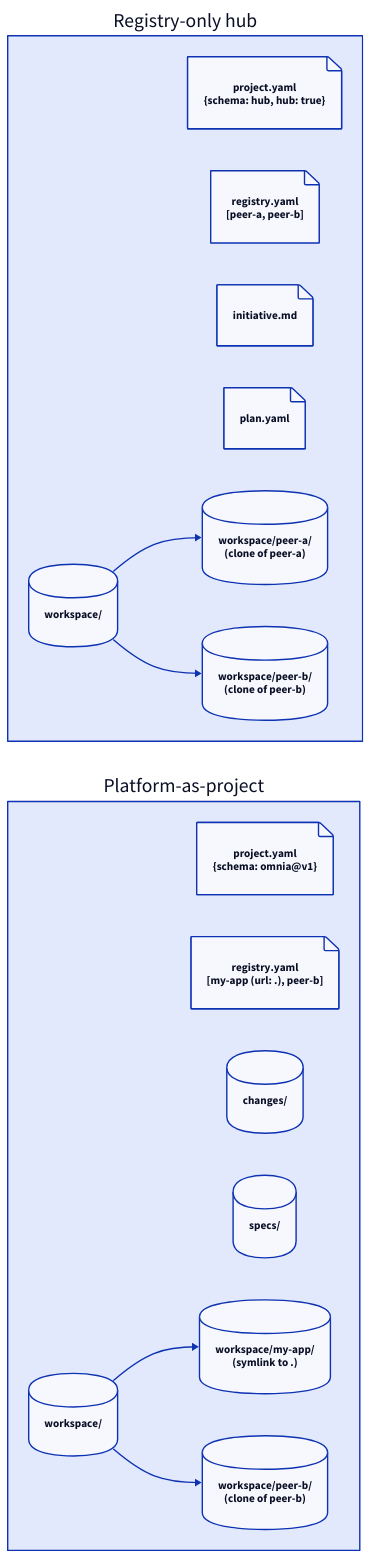
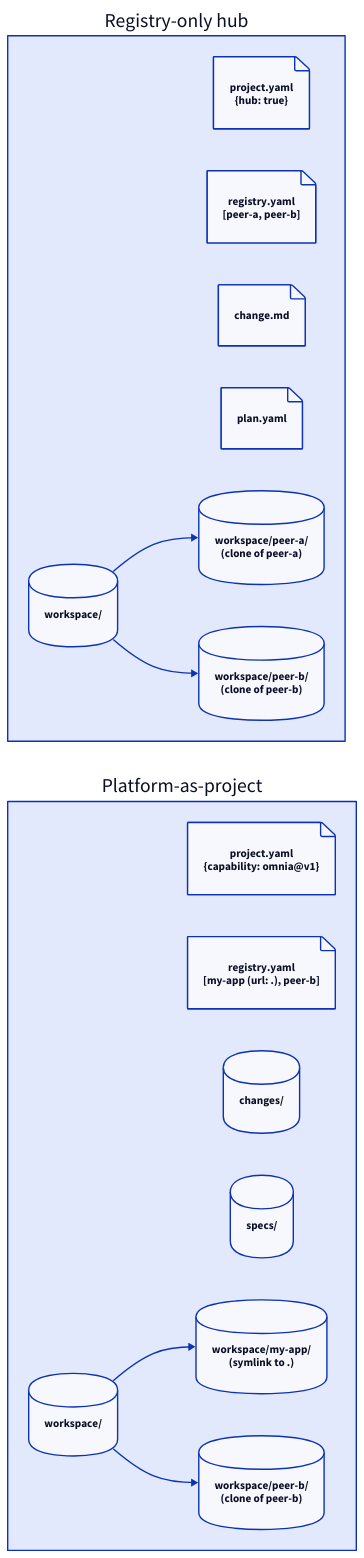
One commit to augentic/anvil changed the diagram in docs/explanation/platform-repo.md. Above: the diagram before and after it, drawn with D2. The commit also changed other lines of this file and 609 other files, not shown here.

````diff
--- a/docs/explanation/platform-repo.md
+++ b/docs/explanation/platform-repo.md
@@ -7,29 +7,29 @@
 ```d2
 direction: right
 
 hub: "Registry-only hub" {
   shape: rectangle
-  hubProj: "project.yaml\n{schema: hub, hub: true}" {shape: page}
+  hubProj: "project.yaml\n{hub: true}" {shape: page}
   hubReg: "registry.yaml\n[peer-a, peer-b]" {shape: page}
-  hubInit: "initiative.md" {shape: page}
+  hubInit: "change.md" {shape: page}
   hubPlan: "plan.yaml" {shape: page}
   hubWs: "workspace/" {shape: cylinder}
   peerA: "workspace/peer-a/\n(clone of peer-a)" {shape: cylinder}
   peerB: "workspace/peer-b/\n(clone of peer-b)" {shape: cylinder}
   hubWs -> peerA
   hubWs -> peerB
 }
 
 pap: "Platform-as-project" {
   shape: rectangle
-  papProj: "project.yaml\n{schema: omnia@v1}" {shape: page}
+  papProj: "project.yaml\n{capability: omnia@v1}" {shape: page}
   papReg: "registry.yaml\n[my-app (url: .), peer-b]" {shape: page}
   papChanges: "changes/" {shape: cylinder}
   papSpecs: "specs/" {shape: cylinder}
   papWs: "workspace/" {shape: cylinder}
   papSelf: "workspace/my-app/\n(symlink to .)" {shape: cylinder}
   papPeer: "workspace/peer-b/\n(clone of peer-b)" {shape: cylinder}
   papWs -> papSelf
   papWs -> papPeer
 }
 ```
````
